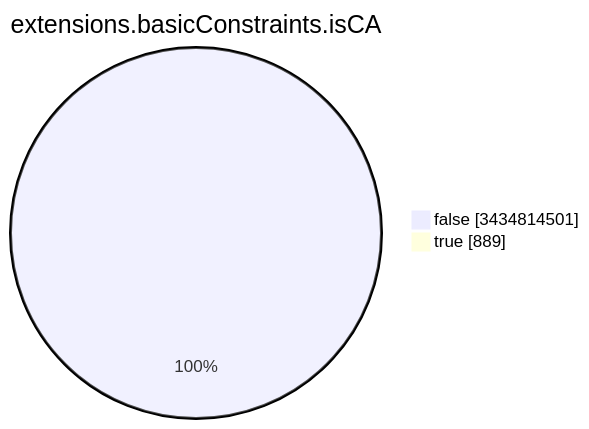
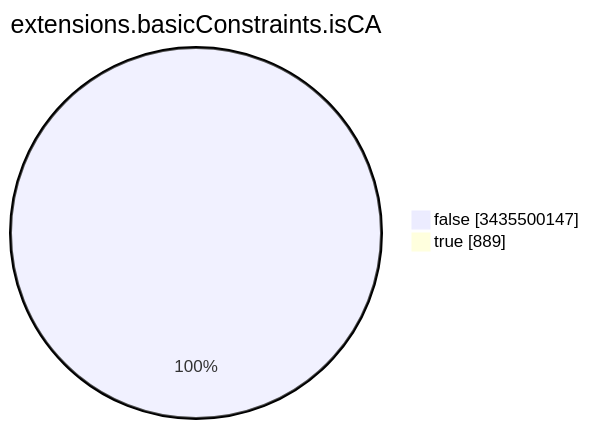
The seventh of 15 diagrams in TOTAL/README.md (christiankrug/ctmonitor_visualization), drawn with Mermaid before and after one commit. The commit also changed other lines of this file, not shown here.

````diff
--- a/TOTAL/README.md
+++ b/TOTAL/README.md
@@ -3092,6 +3092,6 @@
 ```mermaid
 pie showData
 title extensions.basicConstraints.isCA
-"false" :3434814501
+"false" :3435500147
 "true" :889
 ```
````
